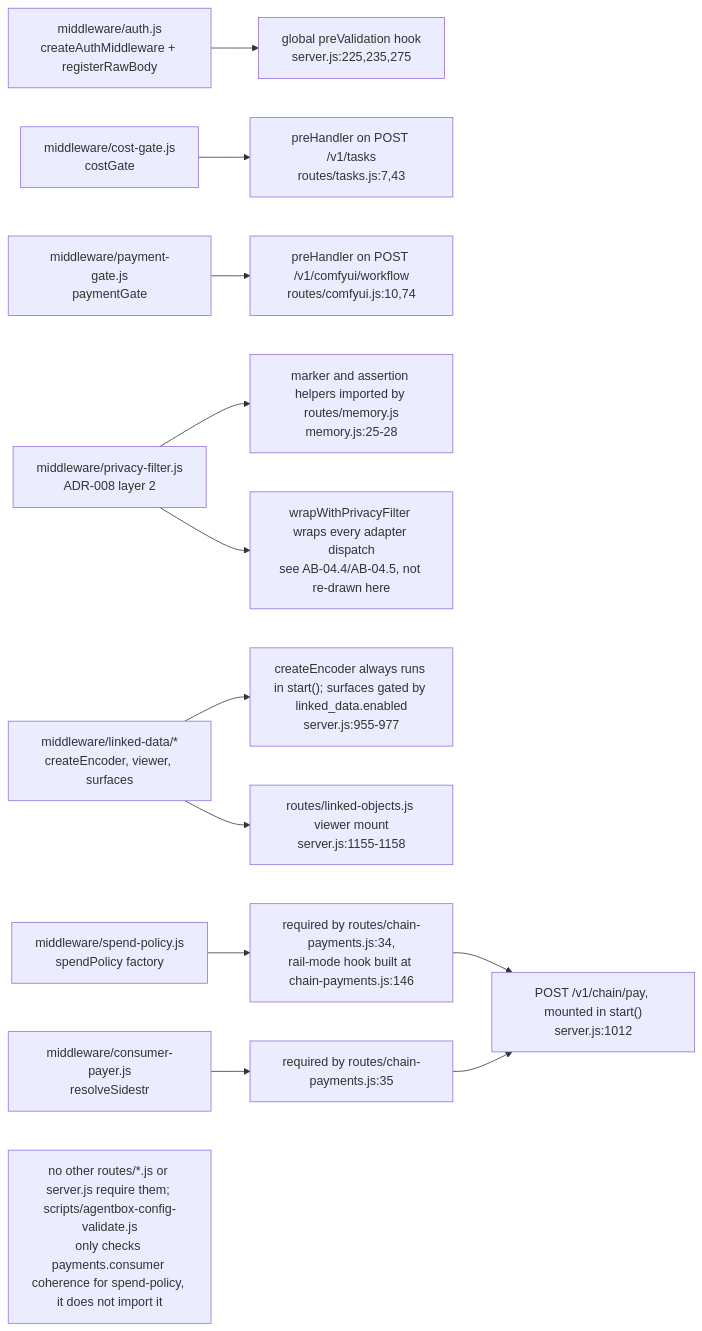
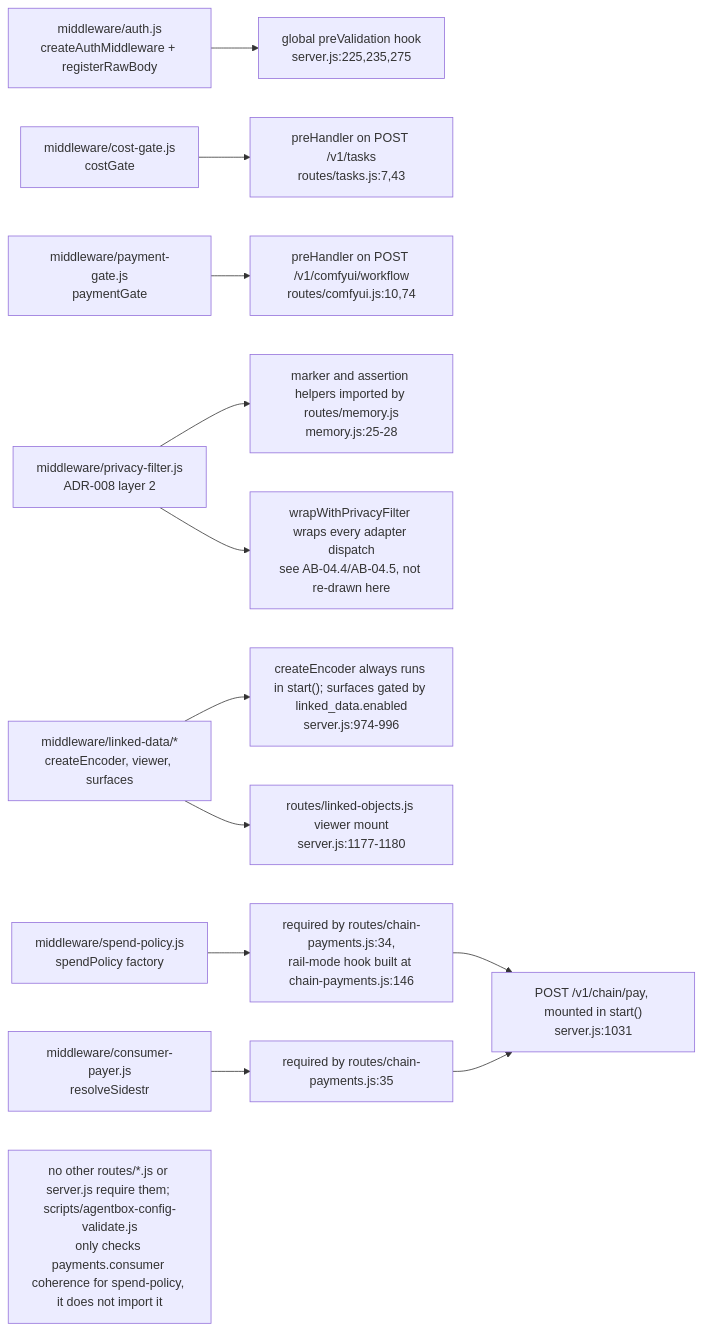
Diagram 16 of 17 in docs/diagrams/agentbox/03-management-api-request-lifecycle.md (DreamLab-AI/VisionFlow), drawn with Mermaid before and after one commit. The commit also changed other lines of this file and 8 other files, not shown here.

First line of the commit message:
docs(diagrams): re-verify the NIP-98 proxy topics and the custody counts at agentbox 0693c761c (VF-DIAGRAM-NIP98-DRIFT)

````diff
--- a/docs/diagrams/agentbox/03-management-api-request-lifecycle.md
+++ b/docs/diagrams/agentbox/03-management-api-request-lifecycle.md
@@ -653,15 +669,15 @@
 ```mermaid
 flowchart LR
     A["middleware/auth.js<br/>createAuthMiddleware + registerRawBody"] --> A1["global preValidation hook<br/>server.js:225,235,275"]
     B["middleware/cost-gate.js<br/>costGate"] --> B1["preHandler on POST /v1/tasks<br/>routes/tasks.js:7,43"]
     C["middleware/payment-gate.js<br/>paymentGate"] --> C1["preHandler on POST /v1/comfyui/workflow<br/>routes/comfyui.js:10,74"]
     D["middleware/privacy-filter.js<br/>ADR-008 layer 2"] --> D1["marker and assertion helpers imported by routes/memory.js<br/>memory.js:25-28"]
     D --> D2["wrapWithPrivacyFilter wraps every adapter dispatch<br/>see AB-04.4/AB-04.5, not re-drawn here"]
-    E["middleware/linked-data/*<br/>createEncoder, viewer, surfaces"] --> E1["createEncoder always runs in start(); surfaces gated by linked_data.enabled<br/>server.js:955-977"]
-    E --> E2["routes/linked-objects.js viewer mount<br/>server.js:1155-1158"]
+    E["middleware/linked-data/*<br/>createEncoder, viewer, surfaces"] --> E1["createEncoder always runs in start(); surfaces gated by linked_data.enabled<br/>server.js:974-996"]
+    E --> E2["routes/linked-objects.js viewer mount<br/>server.js:1177-1180"]
     F["middleware/spend-policy.js<br/>spendPolicy factory"] --> F1["required by routes/chain-payments.js:34,<br/>rail-mode hook built at chain-payments.js:146"]
     G["middleware/consumer-payer.js<br/>resolveSidestr"] --> G1["required by routes/chain-payments.js:35"]
-    F1 --> R["POST /v1/chain/pay, mounted in start()<br/>server.js:1012"]
+    F1 --> R["POST /v1/chain/pay, mounted in start()<br/>server.js:1031"]
     G1 --> R
     Note1["no other routes/*.js or server.js require them; scripts/agentbox-config-validate.js<br/>only checks payments.consumer coherence for spend-policy, it does not import it"]
 ```
````
